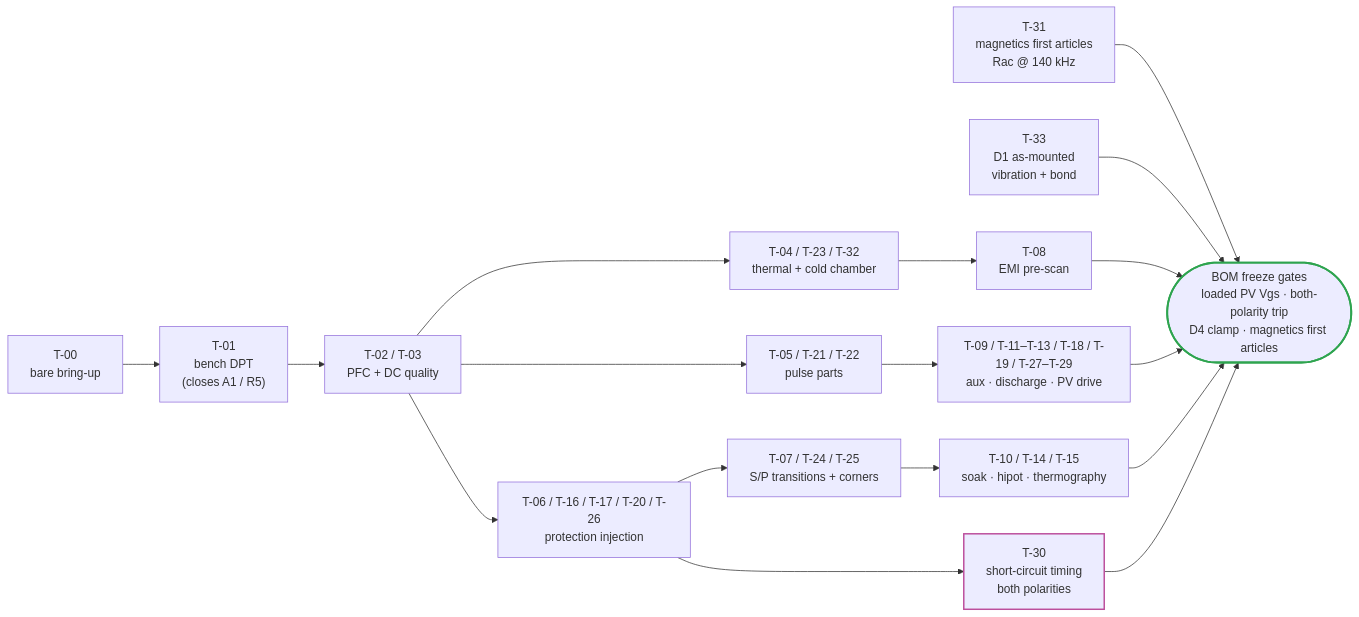
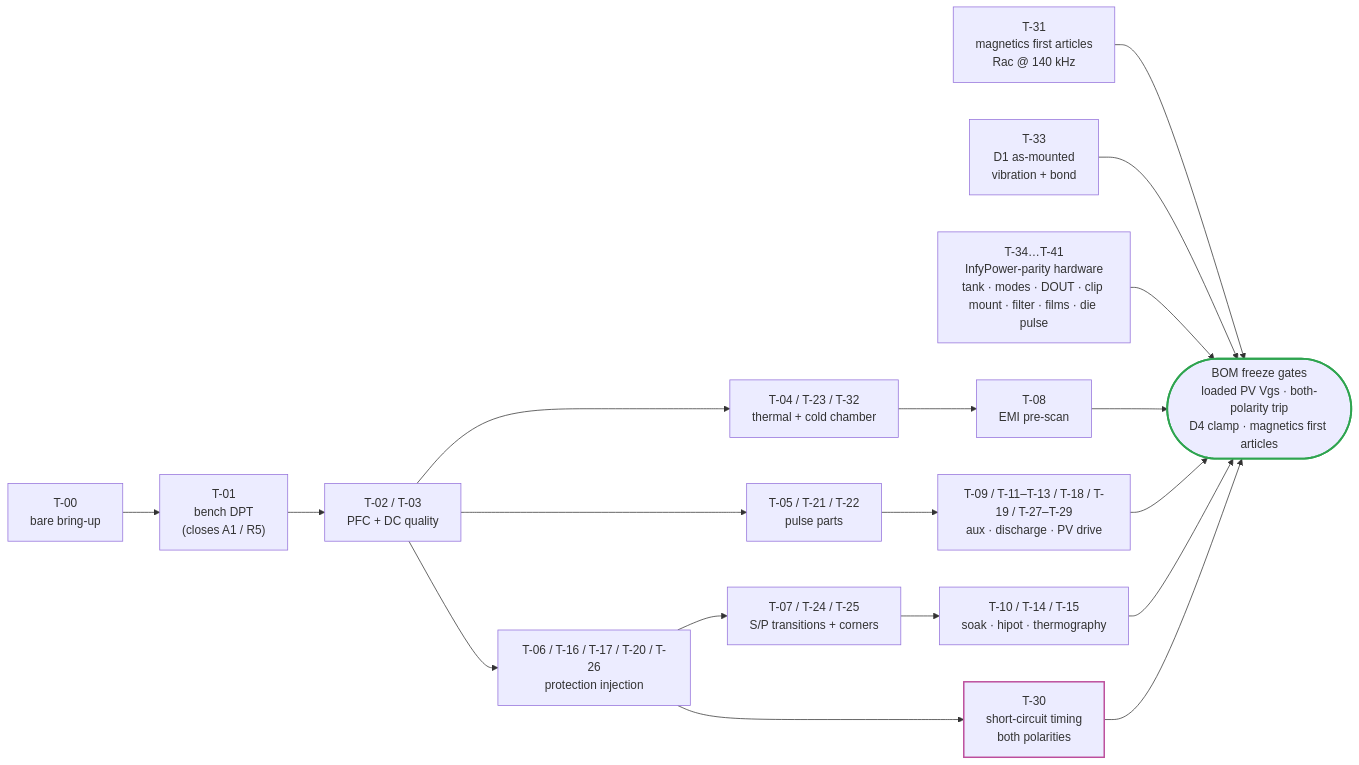
The second of 2 diagrams in docs/evt-plan.md (vectivolt/DC-Modules), drawn with Mermaid before and after one commit. The commit also changed other lines of this file and 121 other files, not shown here.

````diff
--- a/docs/evt-plan.md
+++ b/docs/evt-plan.md
@@ -58,21 +58,22 @@
 ```mermaid
 flowchart LR
   A["T-00<br/>bare bring-up"] --> B["T-01<br/>bench DPT<br/>(closes A1 / R5)"]
   B --> C["T-02 / T-03<br/>PFC + DC quality"]
   C --> D["T-04 / T-23 / T-32<br/>thermal + cold chamber"]
   C --> E["T-05 / T-21 / T-22<br/>pulse parts"]
   C --> F["T-06 / T-16 / T-17 / T-20 / T-26<br/>protection injection"]
   F --> SC["T-30<br/>short-circuit timing<br/>both polarities"]
   F --> G["T-07 / T-24 / T-25<br/>S/P transitions + corners"]
   D --> H["T-08<br/>EMI pre-scan"]
   E --> I["T-09 / T-11–T-13 / T-18 / T-19 / T-27–T-29<br/>aux · discharge · PV drive"]
   G --> J["T-10 / T-14 / T-15<br/>soak · hipot · thermography"]
   M["T-31<br/>magnetics first articles<br/>Rac @ 140 kHz"] --> K
   VB["T-33<br/>D1 as-mounted<br/>vibration + bond"] --> K
+  IP["T-34…T-41<br/>InfyPower-parity hardware<br/>tank · modes · DOUT · clip mount · filter · films · die pulse"] --> K
   H --> K(["BOM freeze gates<br/>loaded PV Vgs · both-polarity trip<br/>D4 clamp · magnetics first articles"])
   I --> K
   J --> K
   SC --> K
   style K stroke:#2ea44f,stroke-width:2.5px
   style SC stroke:#bc4e9c,stroke-width:2px
 ```
````
